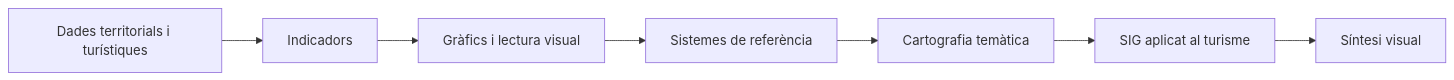
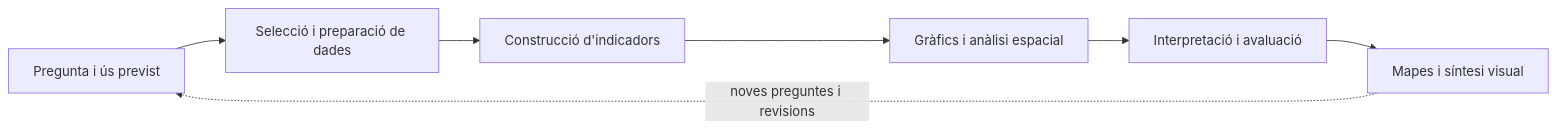
One commit to geourv/tigit changed the diagram in assets/diagrams/manual-flow.mmd. Above: the diagram before and after it, drawn with Mermaid. The commit also changed 81 other files, not shown here.

```diff
--- a/assets/diagrams/manual-flow.mmd
+++ b/assets/diagrams/manual-flow.mmd
@@ -1,7 +1,7 @@
 flowchart LR
-  dades[Dades territorials i turístiques] --> indicadors[Indicadors]
-  indicadors --> grafics[Gràfics i lectura visual]
-  grafics --> referencia[Sistemes de referència]
-  referencia --> cartografia[Cartografia temàtica]
-  cartografia --> sig[SIG aplicat al turisme]
-  sig --> sintesi[Síntesi visual]
+  pregunta[Pregunta i ús previst] --> dades[Selecció i preparació de dades]
+  dades --> indicadors[Construcció d'indicadors]
+  indicadors --> analisi[Gràfics i anàlisi espacial]
+  analisi --> interpretacio[Interpretació i avaluació]
+  interpretacio --> comunicacio[Mapes i síntesi visual]
+  comunicacio -. noves preguntes i revisions .-> pregunta
```
